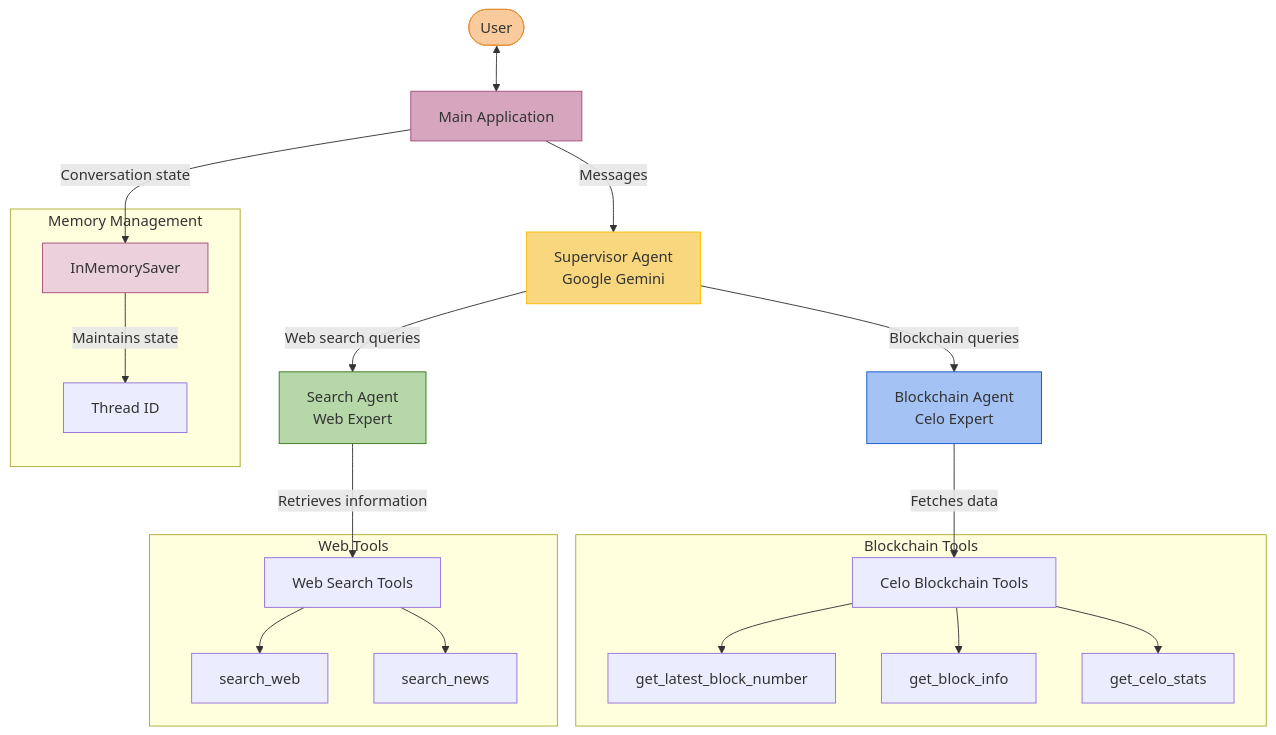
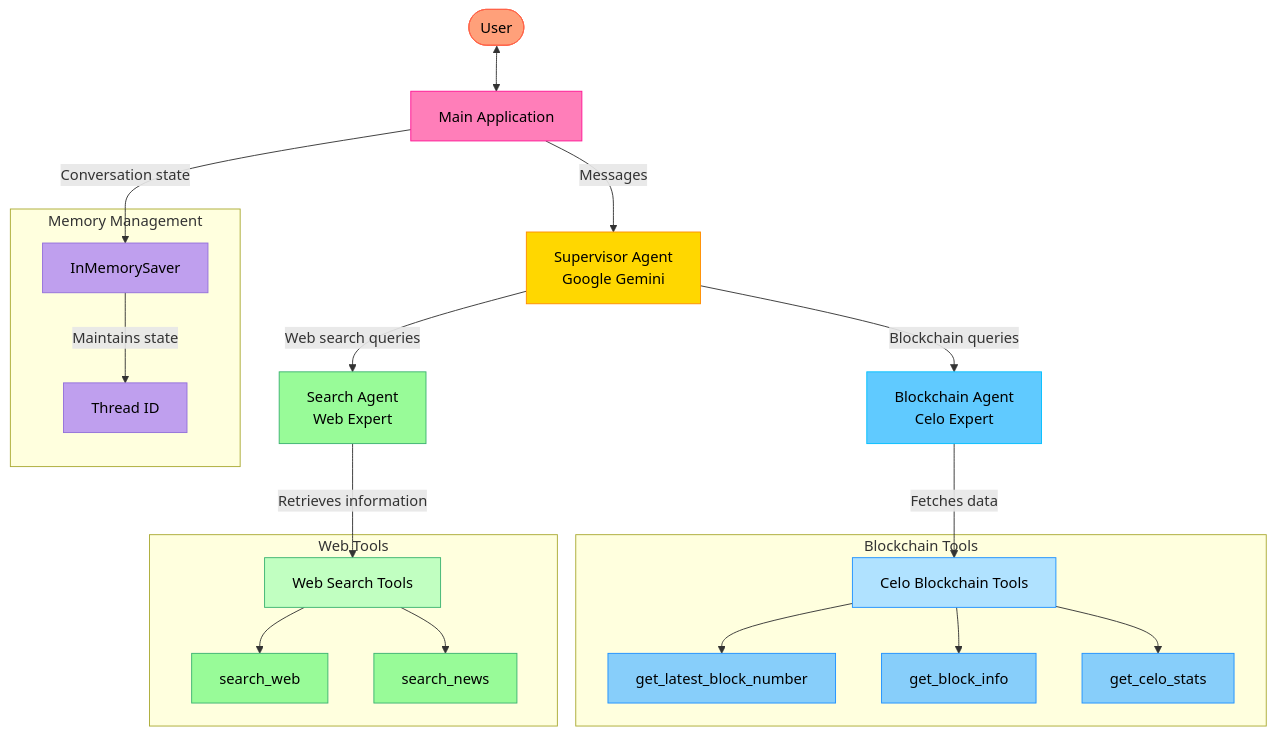
Before and after one commit to celo-org/exmaple-multi-agent-system: the diagram in README.md, drawn with Mermaid.

Commit message:
docs: Update README styles for improved visualization
- Enhanced diagram styles in README to improve clarity and aesthetics.
- Added new styles for additional components including BlockNumber, BlockInfo, CeloStats, and various search tools.
- Updated color schemes for existing components to ensure better contrast and readability.

````diff
--- a/README.md
+++ b/README.md
@@ -18,34 +18,43 @@
 ```mermaid
 graph TB
     User([User]) <--> Main[Main Application]
     Main -- Messages --> Supervisor[Supervisor Agent<br>Google Gemini]
     Supervisor -- Blockchain queries --> BlockchainAgent[Blockchain Agent<br>Celo Expert]
     Supervisor -- Web search queries --> SearchAgent[Search Agent<br>Web Expert]
 
     BlockchainAgent -- Fetches data --> CeloTools[Celo Blockchain Tools]
     SearchAgent -- Retrieves information --> WebTools[Web Search Tools]
 
     subgraph Blockchain Tools
     CeloTools --> BlockNumber[get_latest_block_number]
     CeloTools --> BlockInfo[get_block_info]
     CeloTools --> CeloStats[get_celo_stats]
     end
 
     subgraph Web Tools
     WebTools --> SearchWeb[search_web]
     WebTools --> SearchNews[search_news]
     end
 
     subgraph Memory Management
     Checkpointer[InMemorySaver] -- Maintains state --> ThreadID[Thread ID]
     end
 
     Main -- Conversation state --> Checkpointer
 
-    style Supervisor fill:#f9d77e,stroke:#f9bc02
-    style BlockchainAgent fill:#a4c2f4,stroke:#1155cc
-    style SearchAgent fill:#b6d7a8,stroke:#38761d
-    style Main fill:#d5a6bd,stroke:#a64d79
-    style Checkpointer fill:#ead1dc,stroke:#a64d79
-    style User fill:#f9cb9c,stroke:#e69138
+    style Supervisor fill:#ffd700,stroke:#ff8c00,color:#000
+    style BlockchainAgent fill:#60caff,stroke:#00bfff,color:#000
+    style SearchAgent fill:#98fb98,stroke:#3cb371,color:#000
+    style Main fill:#ff7eb9,stroke:#ff1493,color:#000
+    style Checkpointer fill:#bf9fee,stroke:#9370db,color:#000
+    style User fill:#ffa07a,stroke:#ff6347,color:#000
+    style BlockNumber fill:#87cefa,stroke:#1e90ff,color:#000
+    style BlockInfo fill:#87cefa,stroke:#1e90ff,color:#000
+    style CeloStats fill:#87cefa,stroke:#1e90ff,color:#000
+    style SearchWeb fill:#98fb98,stroke:#3cb371,color:#000
+    style SearchNews fill:#98fb98,stroke:#3cb371,color:#000
+    style WebTools fill:#c1ffc1,stroke:#3cb371,color:#000
+    style CeloTools fill:#b0e2ff,stroke:#1e90ff,color:#000
+    style ThreadID fill:#bf9fee,stroke:#9370db,color:#000
+    classDef default color:#000
 ```
````
